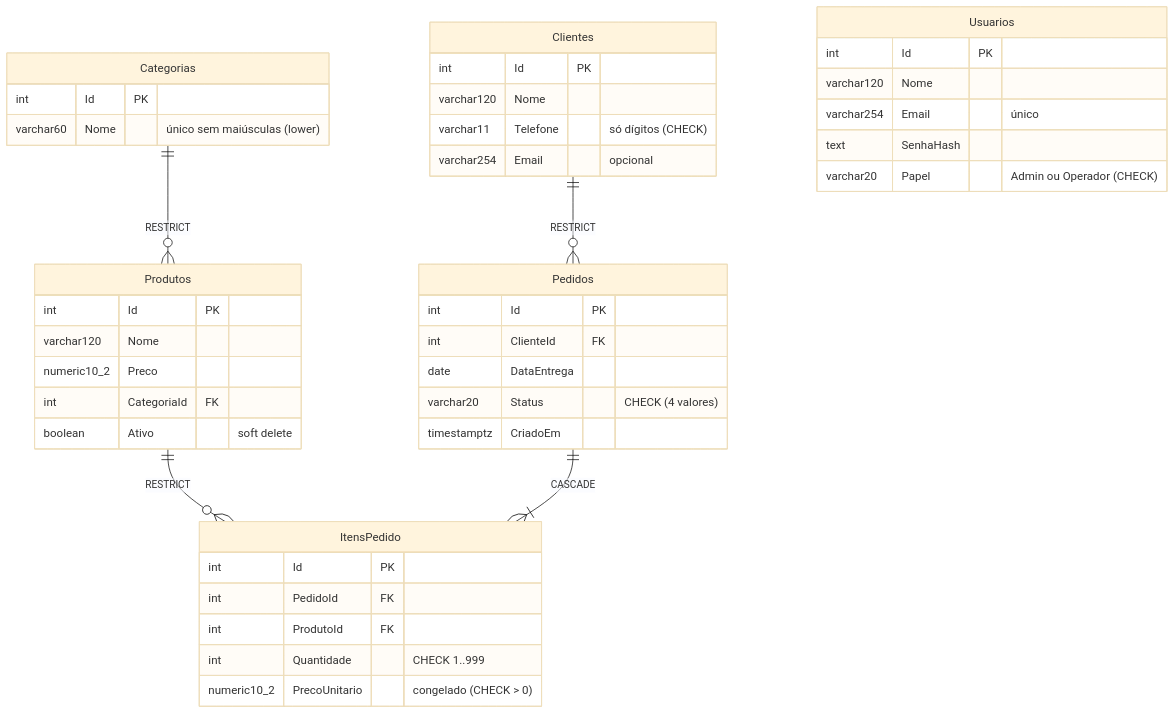
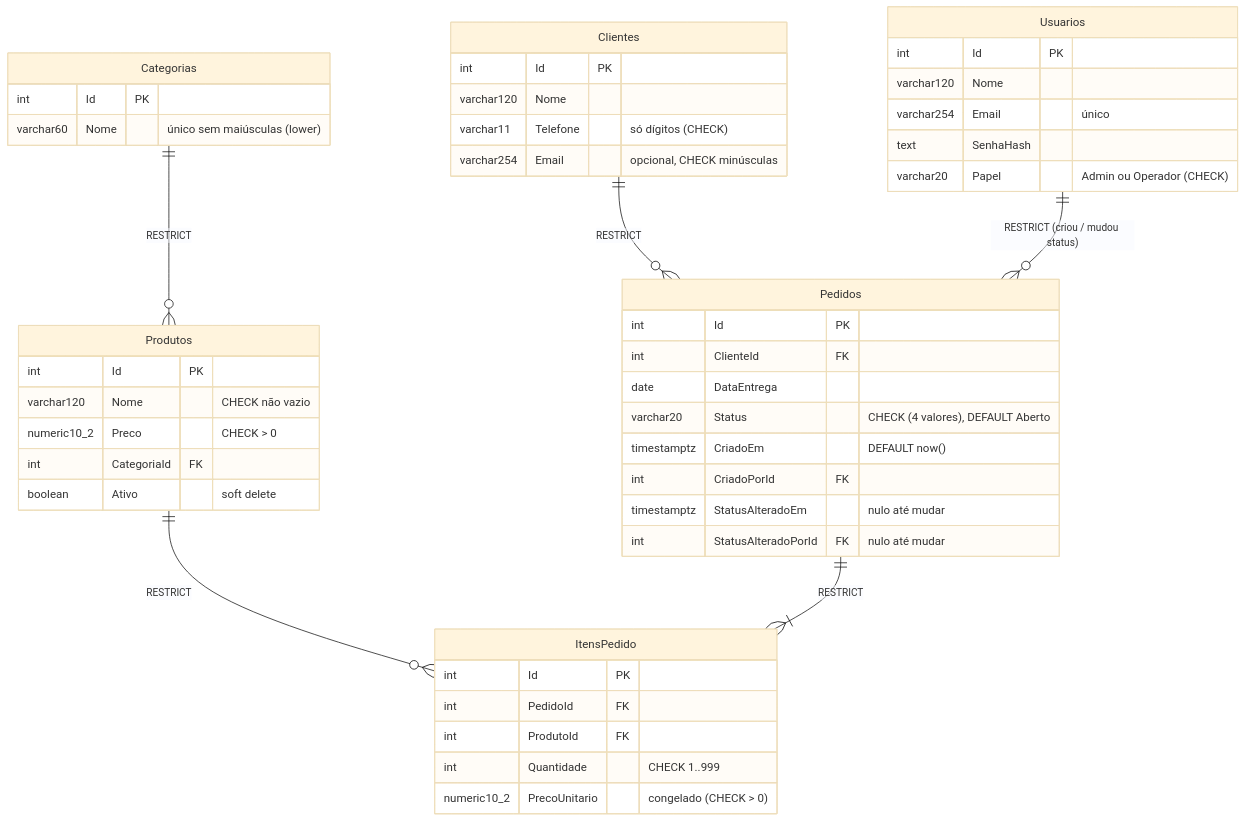
Before and after one commit to MatheusRamos1223/CRUDConfeitaria: the second of 3 diagrams in docs/arquitetura.md, drawn with Mermaid (base theme). The commit also changed other lines of this file, not shown here.

First line of the commit message:
docs(arquitetura): ER com auditoria e RESTRICT, pipeline com cabeçalhos/anti-CSRF/HSTS, status 400/403

````diff
--- a/docs/arquitetura.md
+++ b/docs/arquitetura.md
@@ -63,46 +63,50 @@
 ```mermaid
 erDiagram
     Categorias ||--o{ Produtos : "RESTRICT"
     Produtos ||--o{ ItensPedido : "RESTRICT"
-    Pedidos ||--|{ ItensPedido : "CASCADE"
+    Pedidos ||--|{ ItensPedido : "RESTRICT"
     Clientes ||--o{ Pedidos : "RESTRICT"
+    Usuarios ||--o{ Pedidos : "RESTRICT (criou / mudou status)"
 
     Categorias {
         int Id PK
         varchar60 Nome "único sem maiúsculas (lower)"
     }
     Produtos {
         int Id PK
-        varchar120 Nome
-        numeric10_2 Preco
+        varchar120 Nome "CHECK não vazio"
+        numeric10_2 Preco "CHECK > 0"
         int CategoriaId FK
         boolean Ativo "soft delete"
     }
     Clientes {
         int Id PK
         varchar120 Nome
         varchar11 Telefone "só dígitos (CHECK)"
-        varchar254 Email "opcional"
+        varchar254 Email "opcional, CHECK minúsculas"
     }
     Pedidos {
         int Id PK
         int ClienteId FK
         date DataEntrega
-        varchar20 Status "CHECK (4 valores)"
-        timestamptz CriadoEm
+        varchar20 Status "CHECK (4 valores), DEFAULT Aberto"
+        timestamptz CriadoEm "DEFAULT now()"
+        int CriadoPorId FK
+        timestamptz StatusAlteradoEm "nulo até mudar"
+        int StatusAlteradoPorId FK "nulo até mudar"
     }
     ItensPedido {
         int Id PK
         int PedidoId FK
         int ProdutoId FK
         int Quantidade "CHECK 1..999"
         numeric10_2 PrecoUnitario "congelado (CHECK > 0)"
     }
     Usuarios {
         int Id PK
         varchar120 Nome
         varchar254 Email "único"
         text SenhaHash
         varchar20 Papel "Admin ou Operador (CHECK)"
     }
 ```
````
